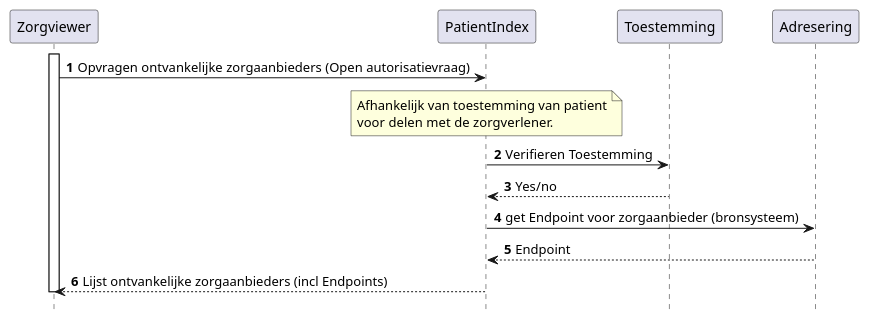
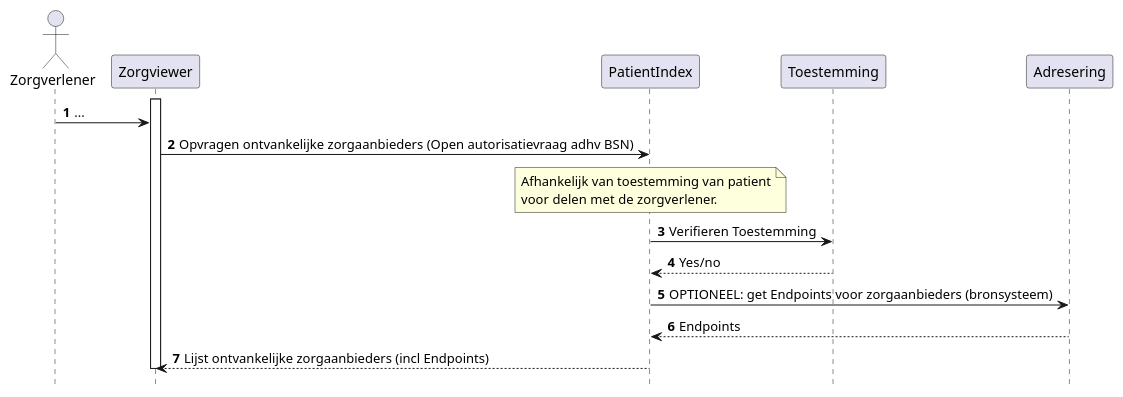
The diagram in input/images-source/Zorgviewer-seq-2.plantuml (RIVO-Noord/zorgviewer-ig), drawn with PlantUML before and after one commit. The commit also changed 9 other files, not shown here.

```diff
--- a/input/images-source/Zorgviewer-seq-2.plantuml
+++ b/input/images-source/Zorgviewer-seq-2.plantuml
@@ -1,20 +1,22 @@
 @startuml
 hide footbox
 autonumber
 
+actor Zorgverlener
 participant Zorgviewer
 participant PatientIndex
 participant Toestemming
 participant Adresering
 
 activate Zorgviewer
-Zorgviewer->PatientIndex: Opvragen ontvankelijke zorgaanbieders (Open autorisatievraag)
+Zorgverlener->Zorgviewer: ...
+Zorgviewer->PatientIndex: Opvragen ontvankelijke zorgaanbieders (Open autorisatievraag adhv BSN)
 note over PatientIndex: Afhankelijk van toestemming van patient\nvoor delen met de zorgverlener.
 PatientIndex->Toestemming: Verifieren Toestemming
 Toestemming-->PatientIndex: Yes/no
-PatientIndex->Adresering: get Endpoint voor zorgaanbieder (bronsysteem)
-Adresering-->PatientIndex: Endpoint
+PatientIndex->Adresering: OPTIONEEL: get Endpoints voor zorgaanbieders (bronsysteem)
+Adresering-->PatientIndex: Endpoints
 PatientIndex-->Zorgviewer: Lijst ontvankelijke zorgaanbieders (incl Endpoints)
 deactivate Zorgviewer
 
 @enduml
```
